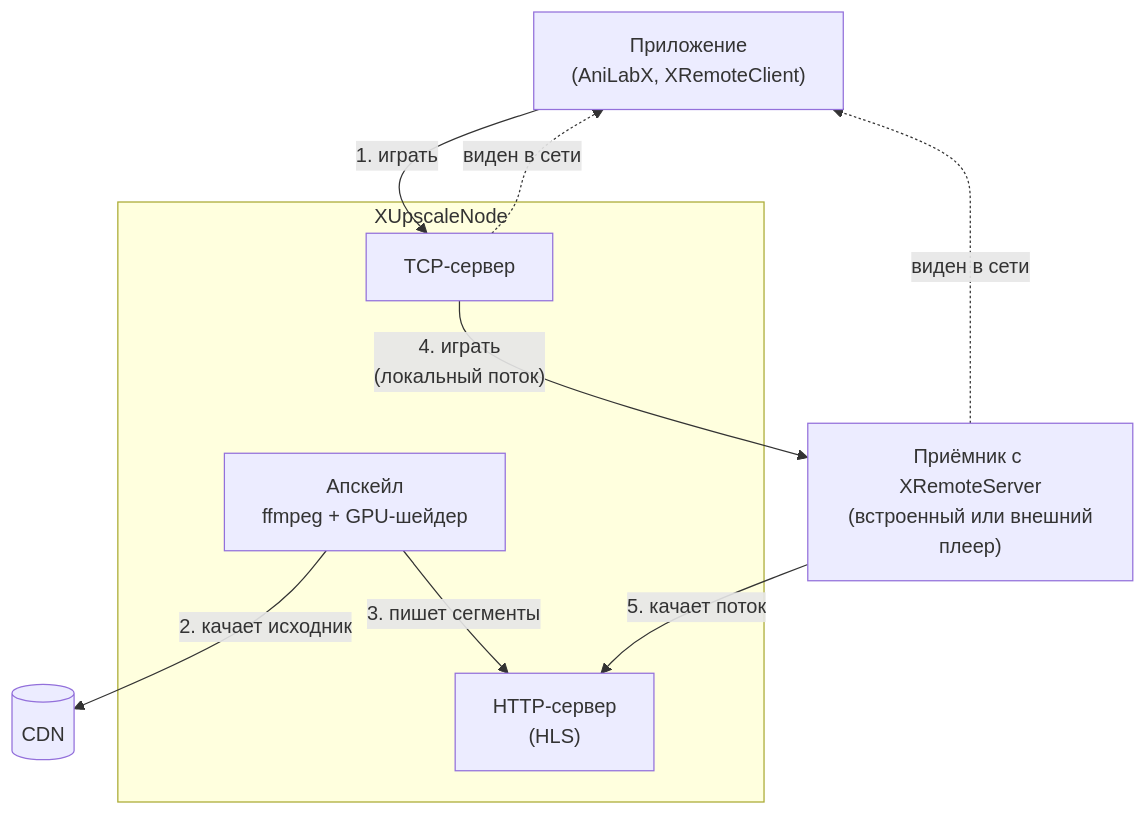
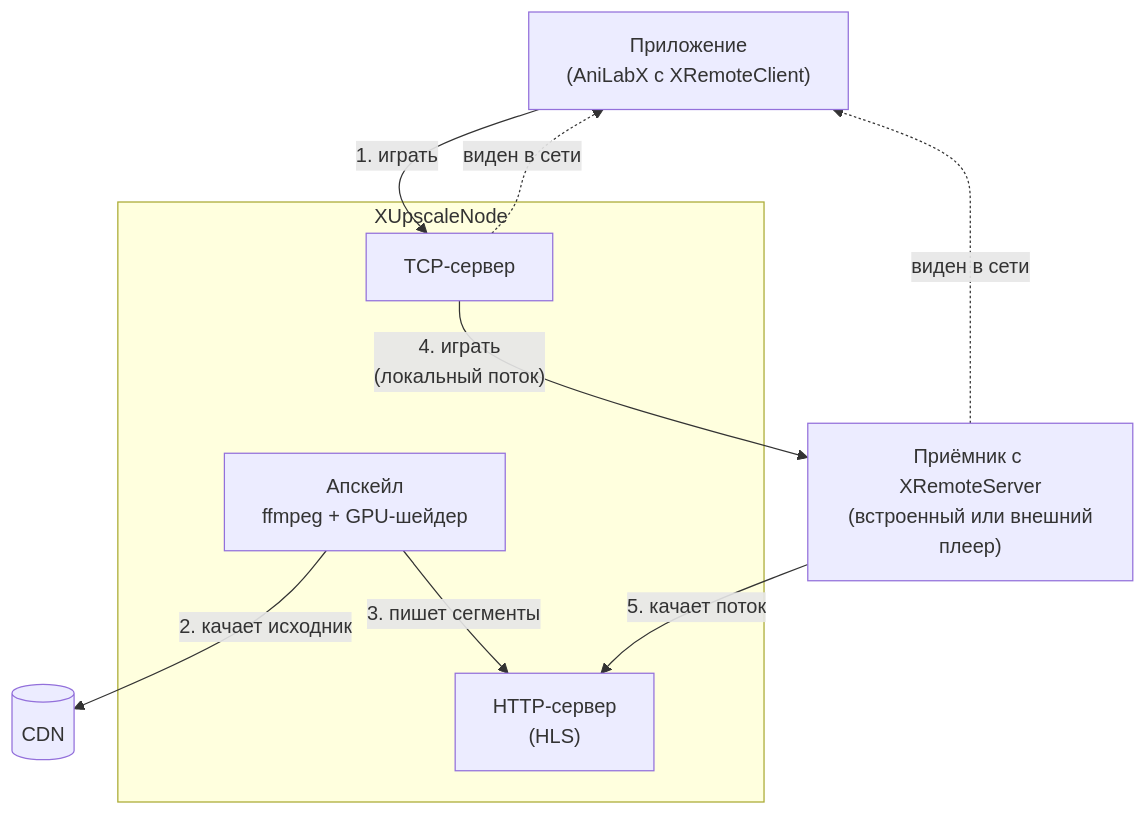
Before and after one commit to ItsRainingToday/XUpscaleNode: the first of 2 diagrams in README.md, drawn with Mermaid.

````diff
--- a/README.md
+++ b/README.md
@@ -33,20 +33,20 @@
 ```mermaid
 flowchart TD
-    A["Приложение\n(AniLabX, XRemoteClient)"]
+    A["Приложение\n(AniLabX с XRemoteClient)"]
     E["Приёмник c XRemoteServer\n(встроенный или внешний\nплеер)"]
     F[("CDN")]
 
     subgraph node["XUpscaleNode"]
         B["TCP-сервер"]
         C["Апскейл\nffmpeg + GPU-шейдер"]
         D["HTTP-сервер\n(HLS)"]
     end
 
     B -. "виден в сети" .-> A
     E -. "виден в сети" .-> A
     A -- "1. играть" --> B
     C -- "2. качает исходник" --> F
     C -- "3. пишет сегменты" --> D
     B -- "4. играть\n(локальный поток)" --> E
     E -- "5. качает поток" --> D
 ```
````
